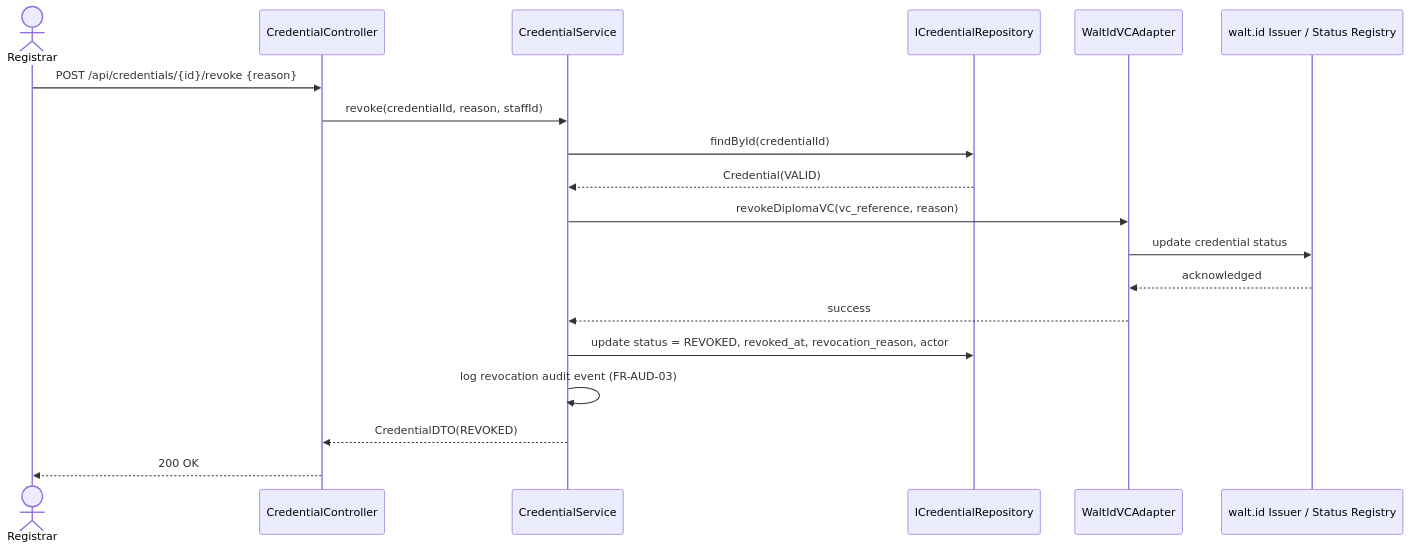
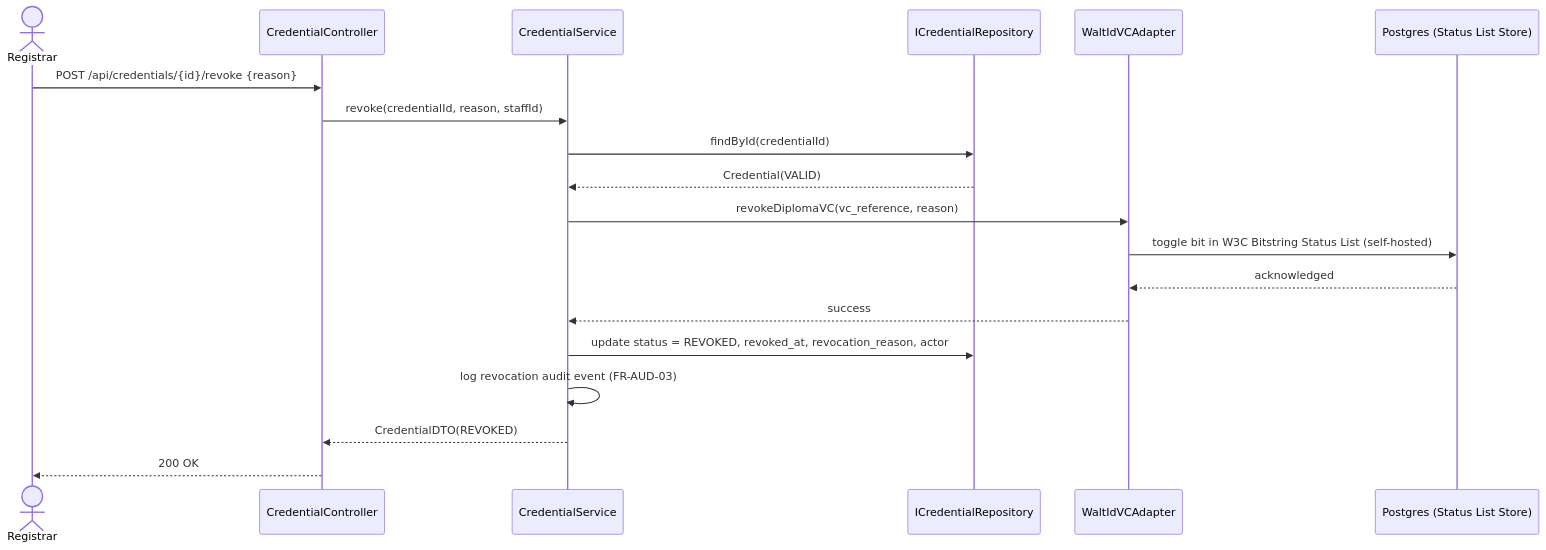
One commit to huypengin/UniDipVeri changed diagram 11 of 15 in docs/03-design/Sequence_Diagram.md. Above: the diagram before and after it, drawn with Mermaid. The commit also changed 3 other files, not shown here.

First line of the commit message:
docs(design): Add W3C Bitstring Status List hosting

````diff
--- a/docs/03-design/Sequence_Diagram.md
+++ b/docs/03-design/Sequence_Diagram.md
@@ -493,22 +493,22 @@
 ```mermaid
 sequenceDiagram
     actor Reg as Registrar
     participant CC as CredentialController
     participant CS as CredentialService
     participant CRepo as ICredentialRepository
     participant VC as WaltIdVCAdapter
-    participant Walt as walt.id Issuer / Status Registry
+    participant DB as Postgres (Status List Store)
 
     Reg->>CC: POST /api/credentials/{id}/revoke {reason}
     CC->>CS: revoke(credentialId, reason, staffId)
     CS->>CRepo: findById(credentialId)
     CRepo-->>CS: Credential(VALID)
     CS->>VC: revokeDiplomaVC(vc_reference, reason)
-    VC->>Walt: update credential status
-    Walt-->>VC: acknowledged
+    VC->>DB: toggle bit in W3C Bitstring Status List (self-hosted)
+    DB-->>VC: acknowledged
     VC-->>CS: success
     CS->>CRepo: update status = REVOKED, revoked_at, revocation_reason, actor
     CS->>CS: log revocation audit event (FR-AUD-03)
     CS-->>CC: CredentialDTO(REVOKED)
     CC-->>Reg: 200 OK
 ```
````
